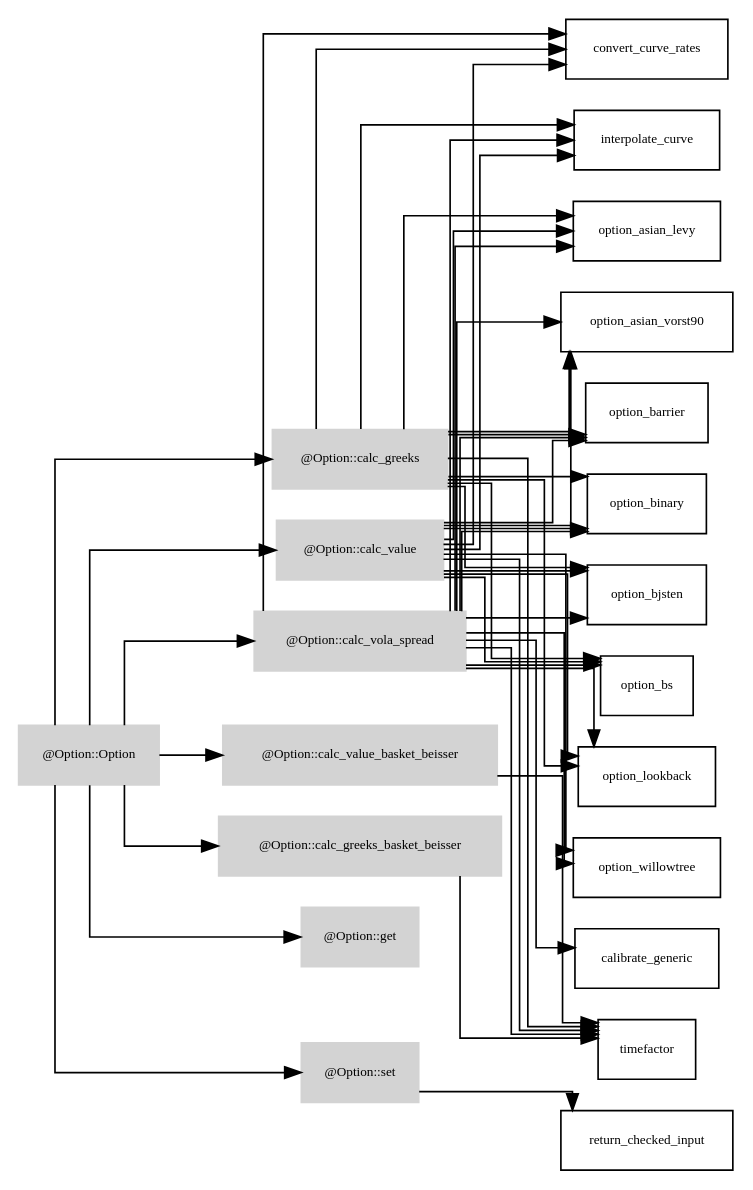
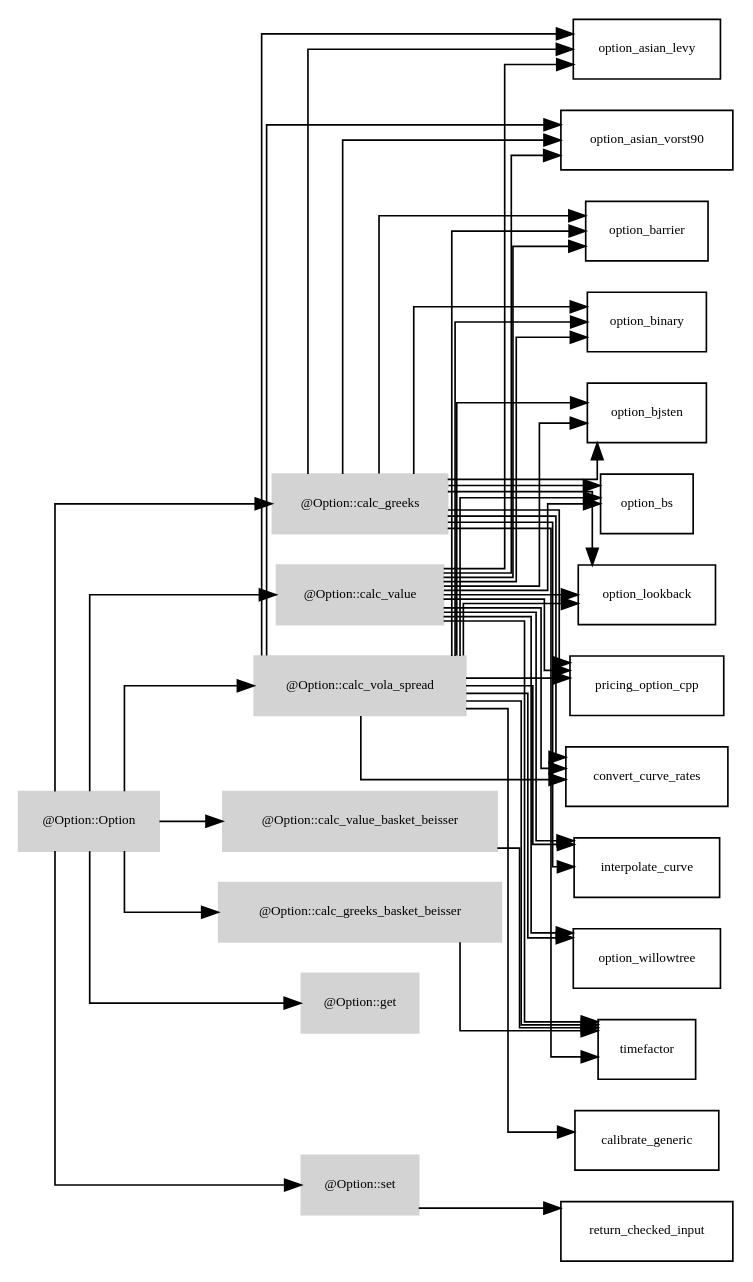
One commit to octarisk/documentation changed the diagram in graphviz_files/Option.dot. Above: the diagram before and after it, drawn with Graphviz. The commit also changed 103 other files, not shown here.

```diff
--- a/graphviz_files/Option.dot
+++ b/graphviz_files/Option.dot
@@ -1,63 +1,66 @@
 digraph G {
 	fontname = "Bitstream Vera Sans"
 	fontsize = 8
 	node [
 		fontname = "Bitstream Vera Sans"
 		fontsize = 8
 		shape = "record"
 	]
 	edge [
 		fontname = "Bitstream Vera Sans"
 		fontsize = 8
 	]
 	graph [splines=ortho];
 	rankdir=LR;
 	subgraph class_Option {
 		style=filled;
 		node [style=filled,color=lightgrey];
 		"@Option::Option" -> "@Option::calc_greeks"
 		"@Option::Option" -> "@Option::calc_greeks_basket_beisser"
 		"@Option::Option" -> "@Option::calc_value"
 		"@Option::Option" -> "@Option::calc_value_basket_beisser"
 		"@Option::Option" -> "@Option::calc_vola_spread"
 		"@Option::Option" -> "@Option::get"
 		"@Option::Option" -> "@Option::set"
 		label = "@Option";
 	}
 "@Option::calc_greeks" 	 -> 	 "convert_curve_rates"
 "@Option::calc_greeks" 	 -> 	 "interpolate_curve"
 "@Option::calc_greeks" 	 -> 	 "option_asian_levy"
 "@Option::calc_greeks" 	 -> 	 "option_asian_vorst90"
 "@Option::calc_greeks" 	 -> 	 "option_barrier"
 "@Option::calc_greeks" 	 -> 	 "option_binary"
 "@Option::calc_greeks" 	 -> 	 "option_bjsten"
 "@Option::calc_greeks" 	 -> 	 "option_bs"
 "@Option::calc_greeks" 	 -> 	 "option_lookback"
 "@Option::calc_greeks" 	 -> 	 "timefactor"
+"@Option::calc_greeks" 	 -> 	 "pricing_option_cpp"
 "@Option::calc_greeks_basket_beisser" 	 -> 	 "timefactor"
 "@Option::calc_value" 	 -> 	 "convert_curve_rates"
 "@Option::calc_value" 	 -> 	 "interpolate_curve"
 "@Option::calc_value" 	 -> 	 "option_asian_levy"
 "@Option::calc_value" 	 -> 	 "option_asian_vorst90"
 "@Option::calc_value" 	 -> 	 "option_barrier"
 "@Option::calc_value" 	 -> 	 "option_binary"
 "@Option::calc_value" 	 -> 	 "option_bjsten"
 "@Option::calc_value" 	 -> 	 "option_bs"
 "@Option::calc_value" 	 -> 	 "option_lookback"
 "@Option::calc_value" 	 -> 	 "option_willowtree"
 "@Option::calc_value" 	 -> 	 "timefactor"
+"@Option::calc_value" 	 -> 	 "pricing_option_cpp"
 "@Option::calc_value_basket_beisser" 	 -> 	 "timefactor"
 "@Option::calc_vola_spread" 	 -> 	 "calibrate_generic"
 "@Option::calc_vola_spread" 	 -> 	 "convert_curve_rates"
 "@Option::calc_vola_spread" 	 -> 	 "interpolate_curve"
 "@Option::calc_vola_spread" 	 -> 	 "option_asian_levy"
 "@Option::calc_vola_spread" 	 -> 	 "option_asian_vorst90"
 "@Option::calc_vola_spread" 	 -> 	 "option_barrier"
 "@Option::calc_vola_spread" 	 -> 	 "option_binary"
 "@Option::calc_vola_spread" 	 -> 	 "option_bjsten"
 "@Option::calc_vola_spread" 	 -> 	 "option_bs"
 "@Option::calc_vola_spread" 	 -> 	 "option_lookback"
 "@Option::calc_vola_spread" 	 -> 	 "option_willowtree"
 "@Option::calc_vola_spread" 	 -> 	 "timefactor"
+"@Option::calc_vola_spread" 	 -> 	 "pricing_option_cpp"
 "@Option::set" 	 -> 	 "return_checked_input"
 }
```
